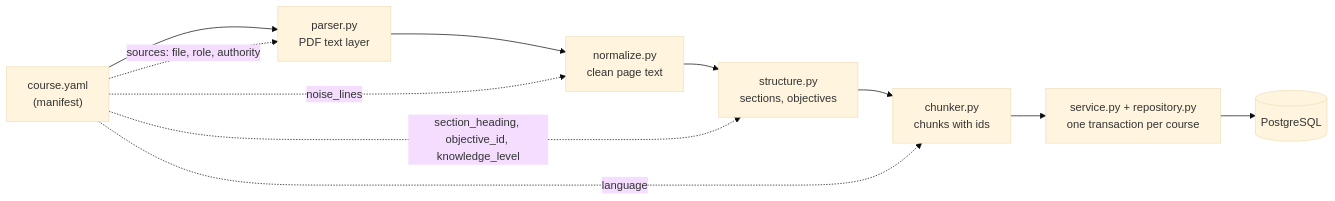
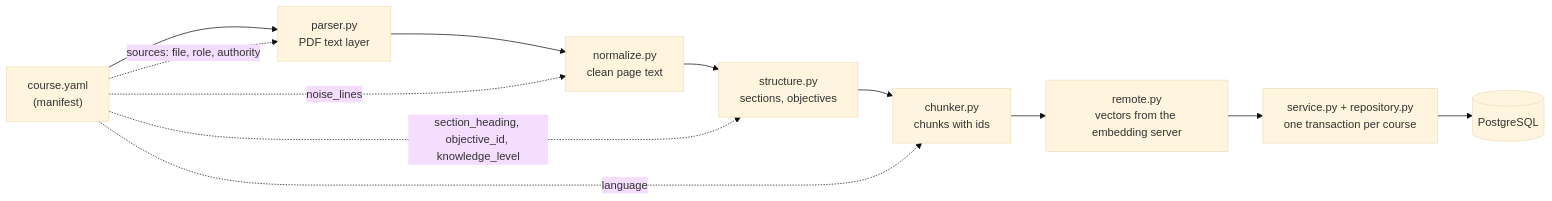
Before and after one commit to a-kapset/study-assistant: the second of 2 diagrams in app/README.md, drawn with Mermaid (base theme). The commit also changed other lines of this file and 15 other files, not shown here.

Commit message:
feat: store a vector for every chunk at ingest and check the embedding server in readiness

````diff
--- a/app/README.md
+++ b/app/README.md
@@ -244,13 +266,14 @@
 ```mermaid
 flowchart LR
     M["course.yaml<br/>(manifest)"] --> P["parser.py<br/>PDF text layer"]
     P --> N["normalize.py<br/>clean page text"]
     N --> S["structure.py<br/>sections, objectives"]
     S --> C["chunker.py<br/>chunks with ids"]
-    C --> R["service.py + repository.py<br/>one transaction per course"]
+    C --> E["remote.py<br/>vectors from the embedding server"]
+    E --> R["service.py + repository.py<br/>one transaction per course"]
     R --> DB[("PostgreSQL")]
     M -. "sources: file, role, authority" .-> P
     M -. "noise_lines" .-> N
     M -. "section_heading, objective_id, knowledge_level" .-> S
     M -. "language" .-> C
 ```
````
